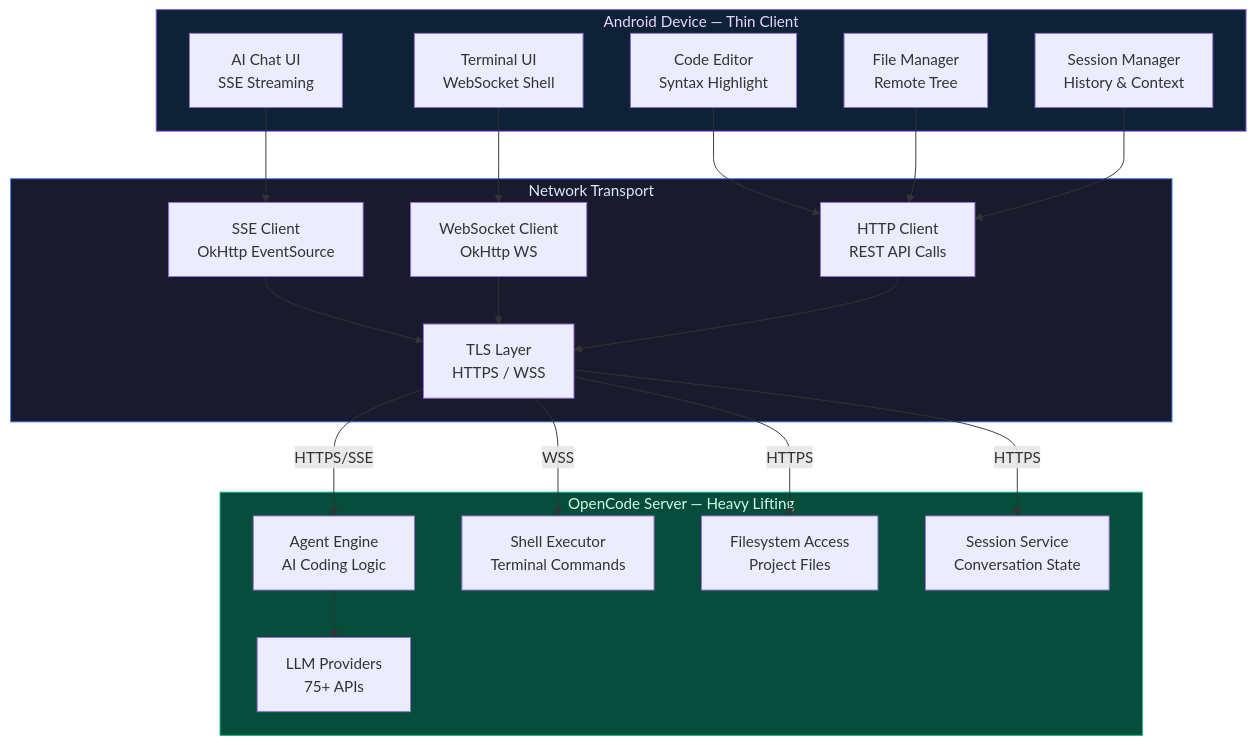
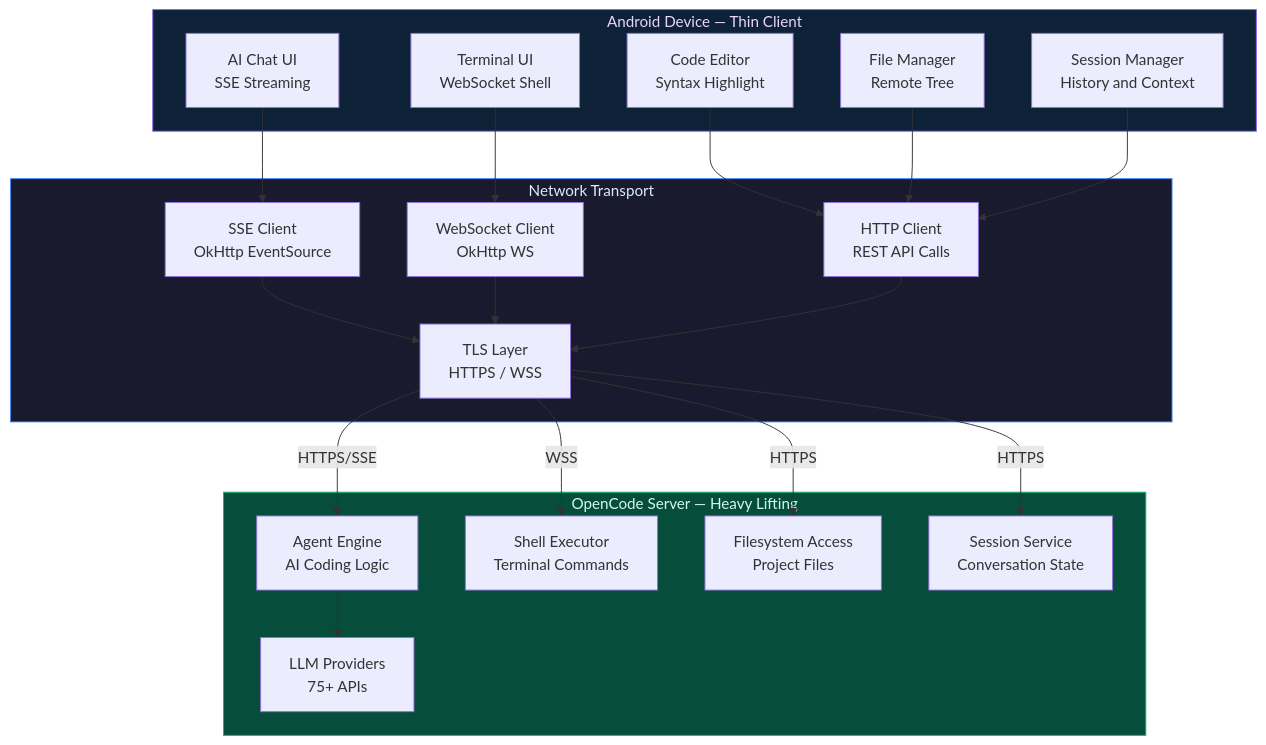
One commit to mulkymalikuldhrs/opencode-android changed the first of 4 diagrams in README.md. Above: the diagram before and after it, drawn with Mermaid. The commit also changed other lines of this file and 1 other file, not shown here.

Commit message:
🎨 Upgrade: banner image + fixed Mermaid + animations + flow diagrams

````diff
--- a/README.md
+++ b/README.md
@@ -113,43 +77,43 @@
 ```mermaid
 graph TB
     subgraph Android["Android Device — Thin Client"]
         Chat_UI["AI Chat UI<br/>SSE Streaming"]
         Term_UI["Terminal UI<br/>WebSocket Shell"]
         Editor_UI["Code Editor<br/>Syntax Highlight"]
         File_UI["File Manager<br/>Remote Tree"]
-        Session_UI["Session Manager<br/>History & Context"]
+        Session_UI["Session Manager<br/>History and Context"]
     end
 
     subgraph Transport["Network Transport"]
         SSE_Client["SSE Client<br/>OkHttp EventSource"]
         WS_Client["WebSocket Client<br/>OkHttp WS"]
         HTTP_Client["HTTP Client<br/>REST API Calls"]
         TLS["TLS Layer<br/>HTTPS / WSS"]
     end
 
     subgraph Server["OpenCode Server — Heavy Lifting"]
         Agent["Agent Engine<br/>AI Coding Logic"]
         LLM["LLM Providers<br/>75+ APIs"]
         Shell["Shell Executor<br/>Terminal Commands"]
         FS["Filesystem Access<br/>Project Files"]
         Session_Svc["Session Service<br/>Conversation State"]
     end
 
     Chat_UI --> SSE_Client
     Term_UI --> WS_Client
     Editor_UI --> HTTP_Client
     File_UI --> HTTP_Client
     Session_UI --> HTTP_Client
     SSE_Client --> TLS
     WS_Client --> TLS
     HTTP_Client --> TLS
     TLS -->|"HTTPS/SSE"| Agent
     TLS -->|"WSS"| Shell
     TLS -->|"HTTPS"| FS
     TLS -->|"HTTPS"| Session_Svc
     Agent --> LLM
 
     style Android fill:#0d2137,stroke:#8b5cf6,color:#e9d5ff
     style Transport fill:#1a1a2e,stroke:#3b82f6,color:#dbeafe
     style Server fill:#064e3b,stroke:#10b981,color:#d1fae5
 ```
````
